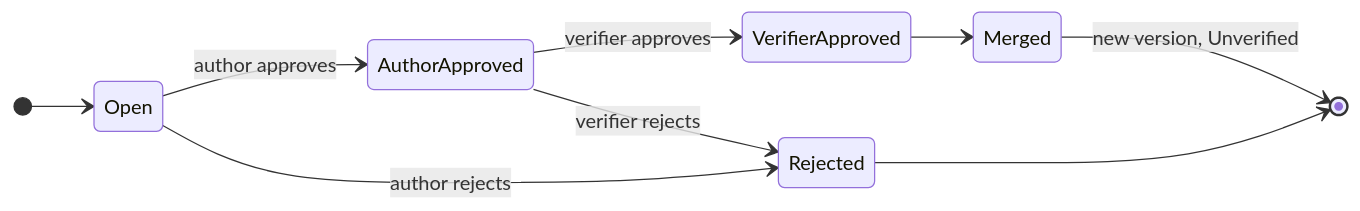
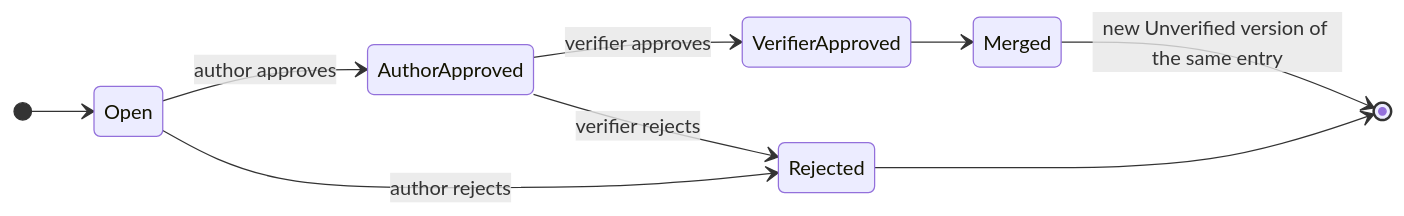
The second of 2 diagrams in FUNCTIONAL_SPEC.md (EgorKorsunskiy/-sdworx--trusted-knowledge-base), drawn with Mermaid before and after one commit. The commit also changed other lines of this file and 72 other files, not shown here.

````diff
--- a/FUNCTIONAL_SPEC.md
+++ b/FUNCTIONAL_SPEC.md
@@ -93,12 +101,12 @@
 ```mermaid
 stateDiagram-v2
     direction LR
     [*] --> Open
     Open --> AuthorApproved: author approves
     Open --> Rejected: author rejects
     AuthorApproved --> VerifierApproved: verifier approves
     AuthorApproved --> Rejected: verifier rejects
     VerifierApproved --> Merged
-    Merged --> [*]: new version, Unverified
+    Merged --> [*]: new Unverified version of the same entry
     Rejected --> [*]
 ```
````
